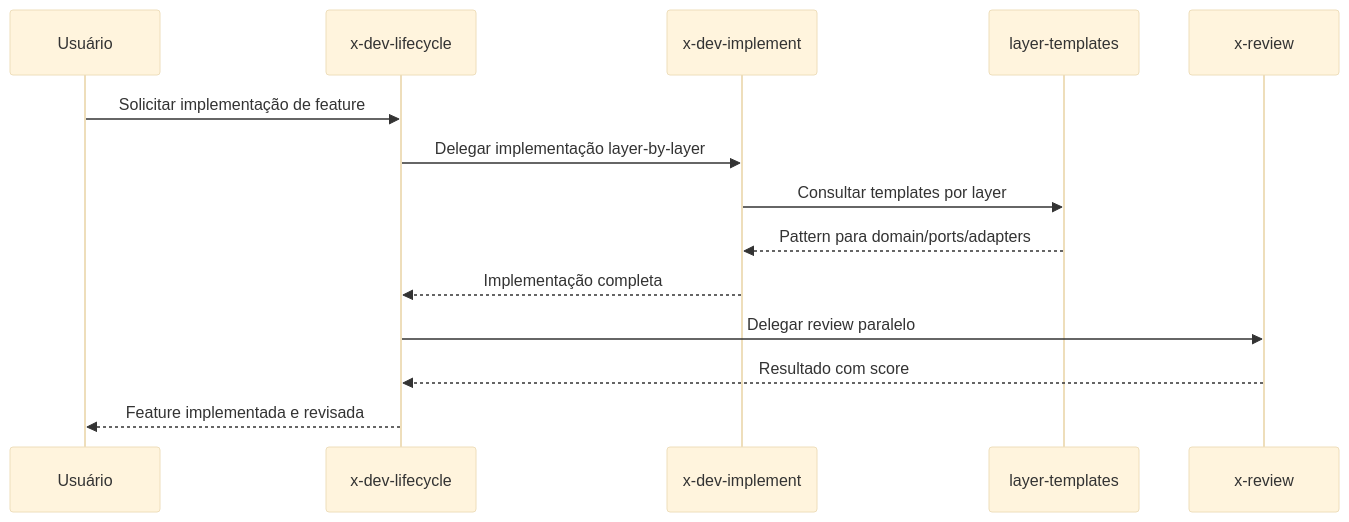
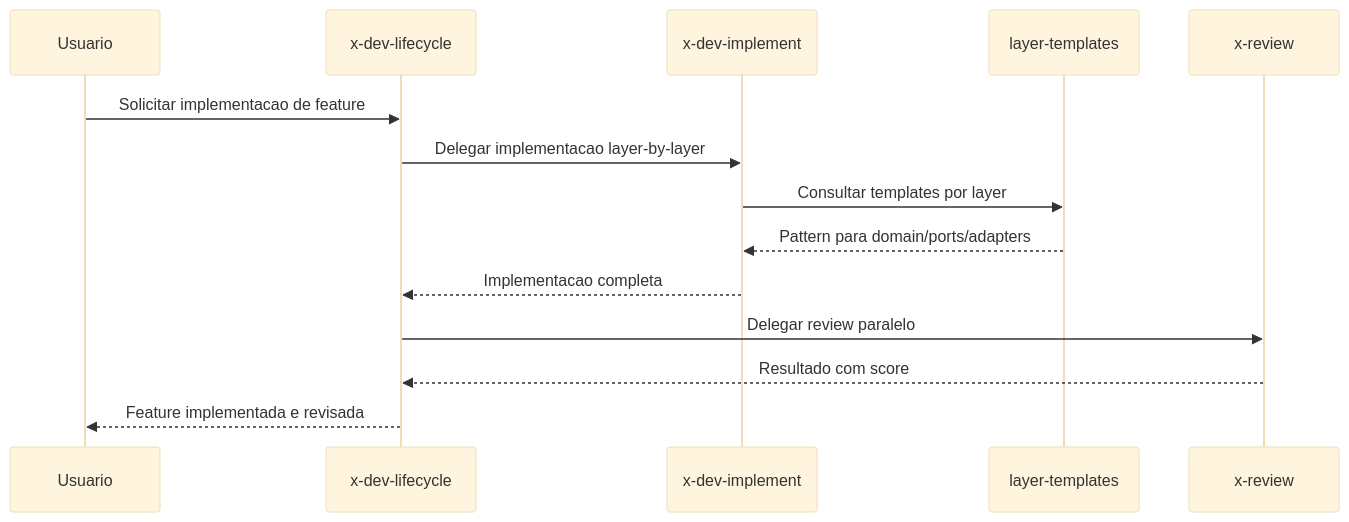
The second of 2 diagrams in docs/stories/github-structure/STORY-004.md (edercnj/ia-dev-environment), drawn with Mermaid (base theme) before and after one commit. The commit also changed other lines of this file and 14 other files, not shown here.

First line of the commit message:
docs: rewrite stories to reference Python generator architecture

````diff
--- a/docs/stories/github-structure/STORY-004.md
+++ b/docs/stories/github-structure/STORY-004.md
@@ -77,17 +136,17 @@
 ```mermaid
 sequenceDiagram
-    participant U as Usuário
+    participant U as Usuario
     participant L as x-dev-lifecycle
     participant I as x-dev-implement
     participant T as layer-templates
     participant R as x-review
 
-    U->>L: Solicitar implementação de feature
-    L->>I: Delegar implementação layer-by-layer
+    U->>L: Solicitar implementacao de feature
+    L->>I: Delegar implementacao layer-by-layer
     I->>T: Consultar templates por layer
     T-->>I: Pattern para domain/ports/adapters
-    I-->>L: Implementação completa
+    I-->>L: Implementacao completa
     L->>R: Delegar review paralelo
     R-->>L: Resultado com score
     L-->>U: Feature implementada e revisada
 ```
````
